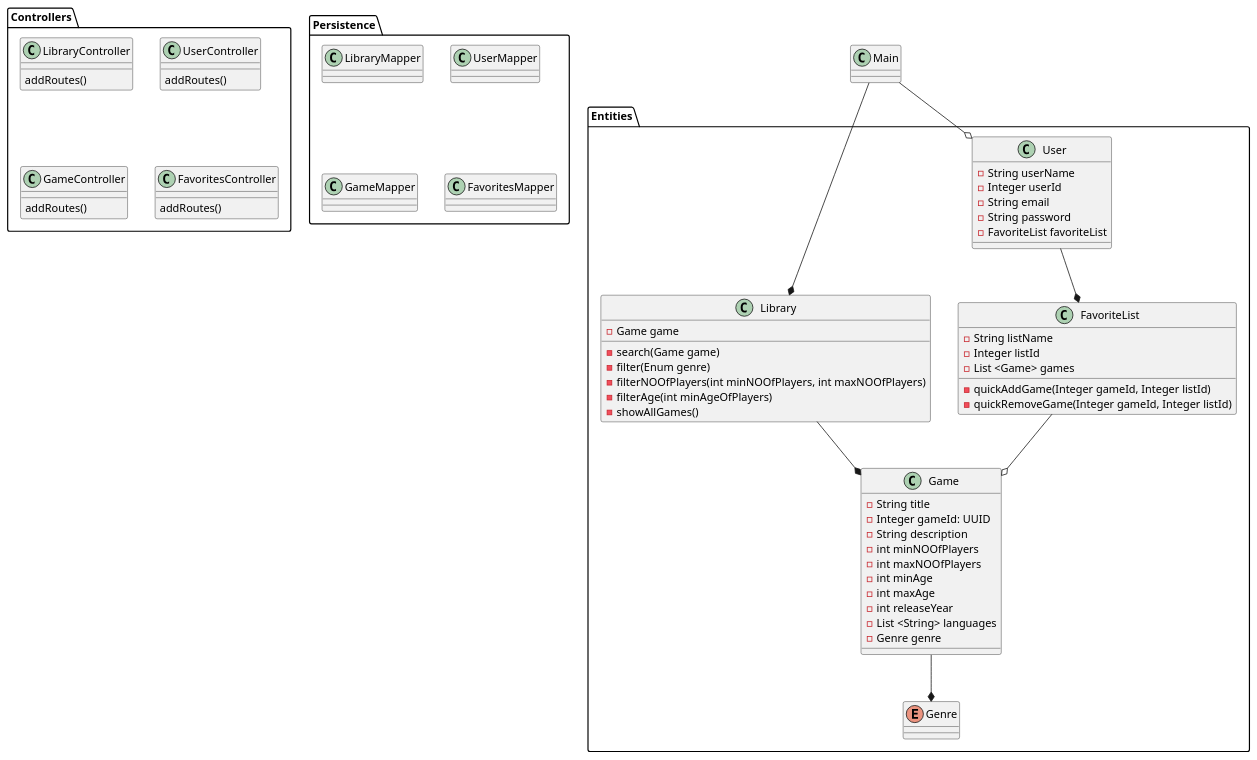
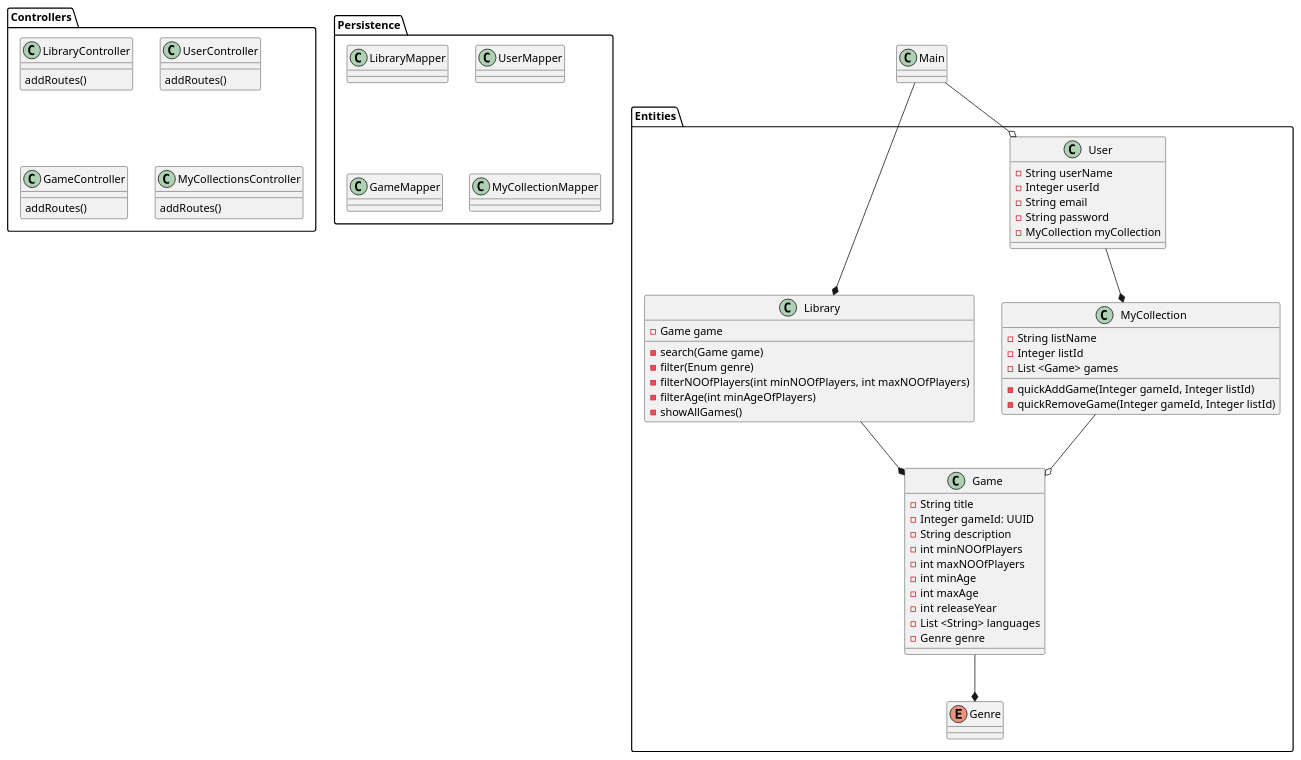
Before and after one commit to RikkeMariussen/Braetspil: the diagram in klasseDiagramUS1+2.puml, drawn with PlantUML. The commit also changed other lines of this file, not shown here.

Commit message:
Hvad pile betyder og MyCollection

```diff
--- a/klasseDiagramUS1+2.puml
+++ b/klasseDiagramUS1+2.puml
@@ -1,93 +1,94 @@
 @startuml ClassDiagramUS1+2
 'Alt+D = preview
 
 
 class Main{
 'BoardGameApp
 }
 
 package Entities{
 
     class Library{
         -Game game
         -search(Game game)
         -filter(Enum genre)
         -filterNOOfPlayers(int minNOOfPlayers, int maxNOOfPlayers)
         -filterAge(int minAgeOfPlayers)
         -showAllGames()
     }
 
     class User{
         -String userName
         -Integer userId
         -String email
         -String password
-        -FavoriteList favoriteList
+        -MyCollection myCollection
     }
 
-    class FavoriteList{
+    class MyCollection{
         -String listName
         -Integer listId
         -List <Game> games
         -quickAddGame(Integer gameId, Integer listId)
         -quickRemoveGame(Integer gameId, Integer listId)
     } 
 
     class Game {
         -String title
         -Integer gameId: UUID
         -String description
         -int minNOOfPlayers
         -int maxNOOfPlayers
         -int minAge
         -int maxAge
         -int releaseYear
         -List <String> languages
         -Genre genre
     }
 
     enum Genre{
     }
 }
 
+'Vi har ikke fokus på persistence og controllers i denne iteration, hvorfor vi bare har de to packages med, men ikke har udviklet dem
 package Controllers{
     class LibraryController{
         addRoutes()
     }
 
     class UserController{
         addRoutes()
     }
 
     class GameController{
         addRoutes()
     }
 
-    class FavoritesController{
+    class MyCollectionsController{
         addRoutes()
     }
 
 }
 
 package Persistence{
     class LibraryMapper{}
 
     class UserMapper{}
 
     class GameMapper{}
 
-    class FavoritesMapper{}
+    class MyCollectionMapper{}
 
 }
 
 'Relations
 'Entities
 Main --* Library
 Main --o User
-User --* FavoriteList
-FavoriteList --o Game
+User --* MyCollection
+MyCollection --o Game
 Library --* Game
 Game --* Genre
 
 
 @enduml
```
